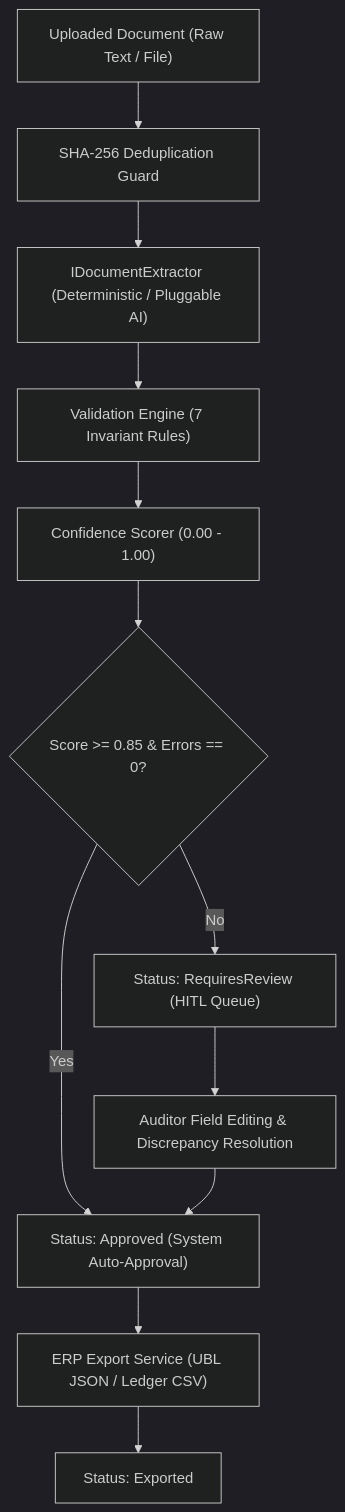
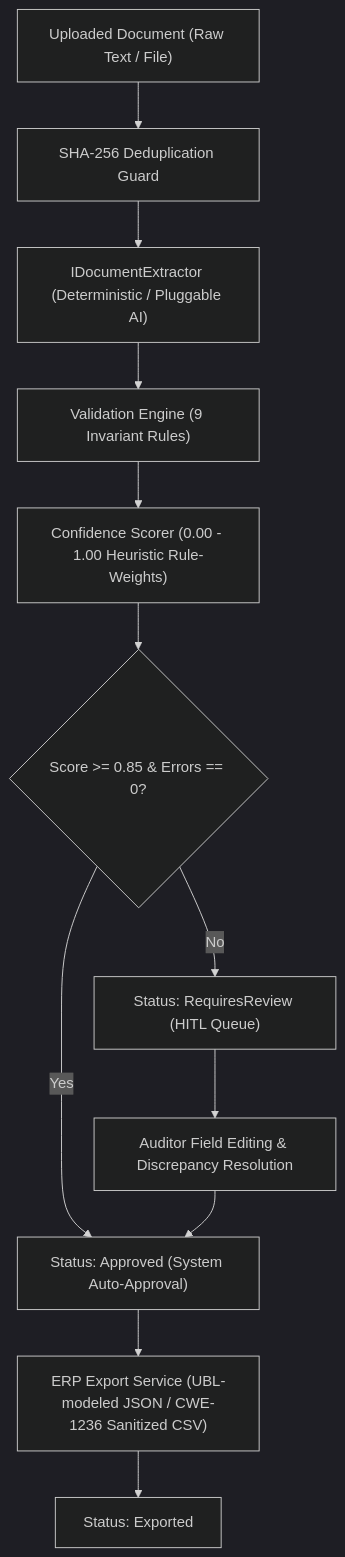
Before and after one commit to RASHA2702/DocumentOps: the diagram in README.md, drawn with Mermaid (dark theme). The commit also changed other lines of this file and 5 other files, not shown here.

````diff
--- a/README.md
+++ b/README.md
@@ -28,14 +28,14 @@
 ```mermaid
 flowchart TD
     RawDoc["Uploaded Document (Raw Text / File)"] --> Hash["SHA-256 Deduplication Guard"]
     Hash --> Extract["IDocumentExtractor (Deterministic / Pluggable AI)"]
-    Extract --> Val["Validation Engine (7 Invariant Rules)"]
-    Val --> Score["Confidence Scorer (0.00 - 1.00)"]
+    Extract --> Val["Validation Engine (9 Invariant Rules)"]
+    Val --> Score["Confidence Scorer (0.00 - 1.00 Heuristic Rule-Weights)"]
     Score --> Decision{"Score >= 0.85 & Errors == 0?"}
     Decision -- Yes --> AutoApprove["Status: Approved (System Auto-Approval)"]
     Decision -- No --> ReviewQueue["Status: RequiresReview (HITL Queue)"]
     ReviewQueue --> Auditor["Auditor Field Editing & Discrepancy Resolution"]
     Auditor --> AutoApprove
-    AutoApprove --> ERPExport["ERP Export Service (UBL JSON / Ledger CSV)"]
+    AutoApprove --> ERPExport["ERP Export Service (UBL-modeled JSON / CWE-1236 Sanitized CSV)"]
     ERPExport --> FinalStatus["Status: Exported"]
 ```
````
